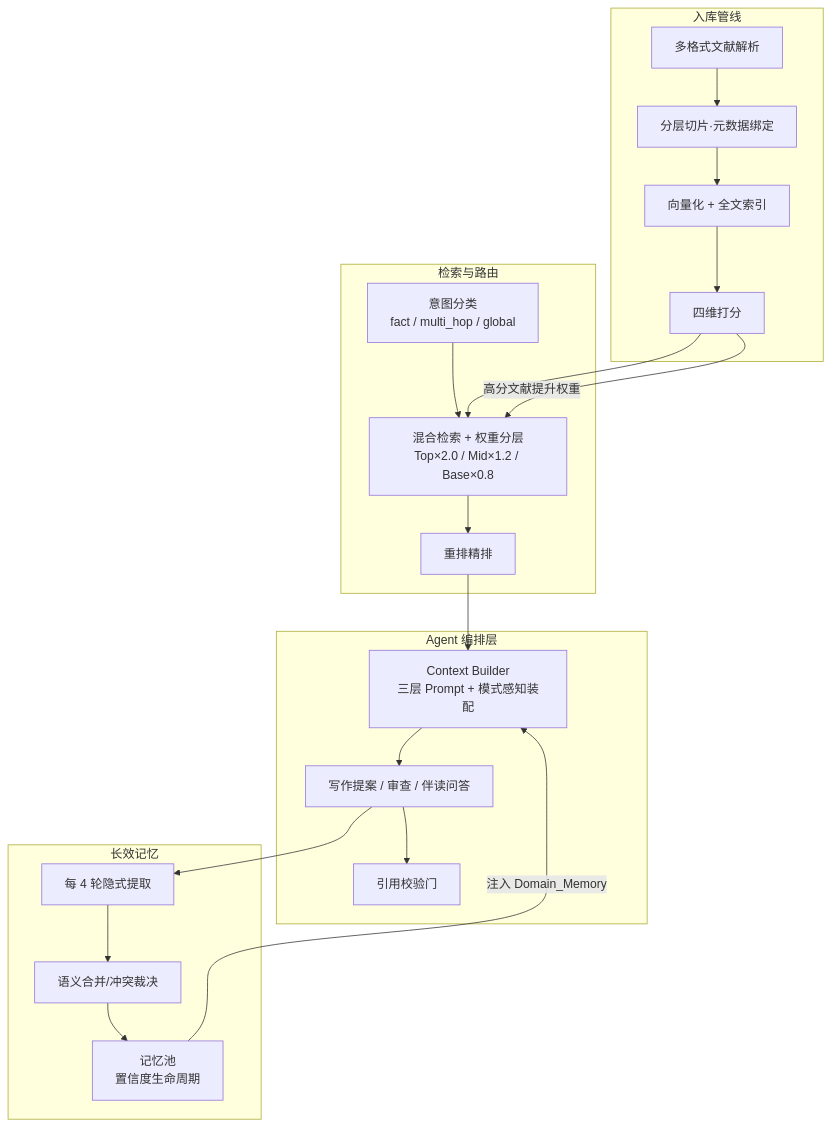
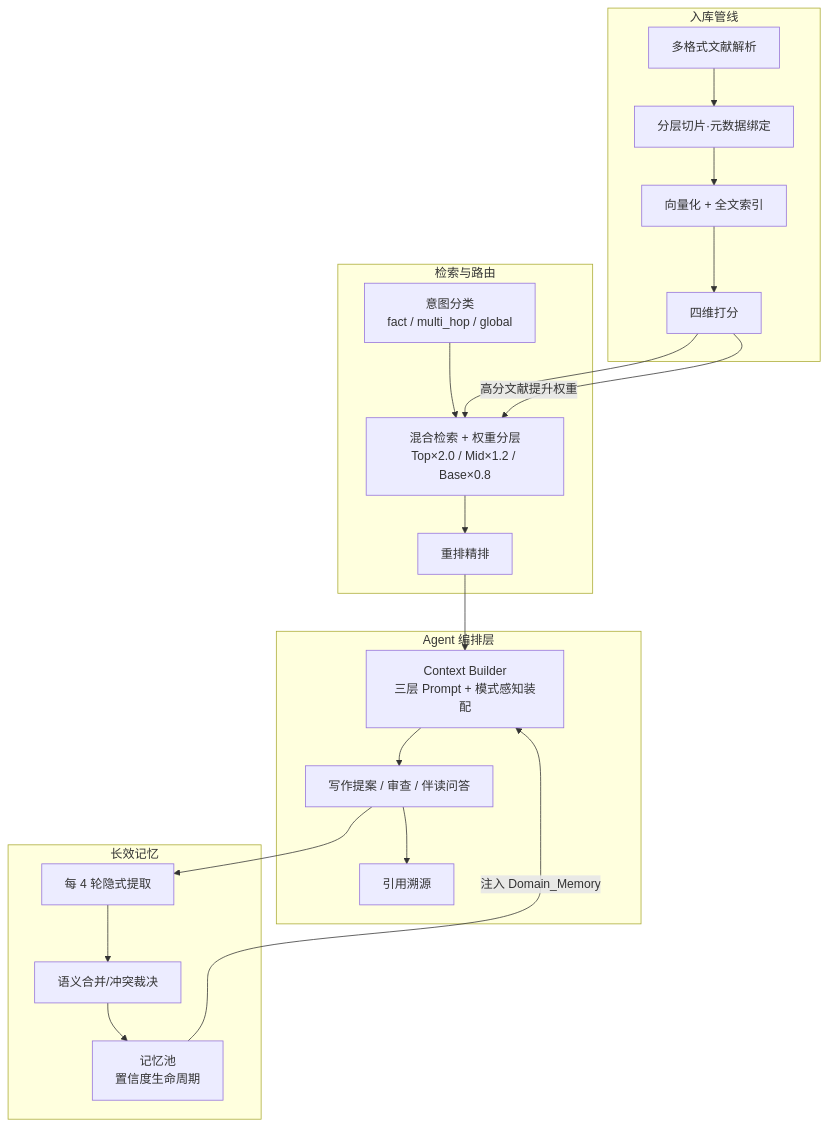
Before and after one commit to yqyyyz/ThesisFlow: the diagram in Product_Overview.md, drawn with Mermaid. The commit also changed other lines of this file and 3 other files, not shown here.

````diff
--- a/Product_Overview.md
+++ b/Product_Overview.md
@@ -120,25 +120,25 @@
 ```mermaid
 flowchart TB
     subgraph ING[入库管线]
         A1[多格式文献解析] --> A2[分层切片·元数据绑定] --> A3[向量化 + 全文索引] --> A4[四维打分]
     end
     subgraph RET[检索与路由]
         B1[意图分类<br/>fact / multi_hop / global]
         B2[混合检索 + 权重分层<br/>Top×2.0 / Mid×1.2 / Base×0.8]
         B3[重排精排]
         B1 --> B2 --> B3
     end
     subgraph AGENT[Agent 编排层]
         C1[Context Builder<br/>三层 Prompt + 模式感知装配]
         C2[写作提案 / 审查 / 伴读问答]
-        C3[引用校验门]
+        C3[引用溯源]
     end
     subgraph MEM[长效记忆]
         D1[每 4 轮隐式提取] --> D2[语义合并/冲突裁决] --> D3[记忆池<br/>置信度生命周期]
     end
     A4 --> B2
     B3 --> C1 --> C2 --> C3
     C2 --> D1
     D3 -->|注入 Domain_Memory| C1
     A4 -->|高分文献提升权重| B2
 ```
````
